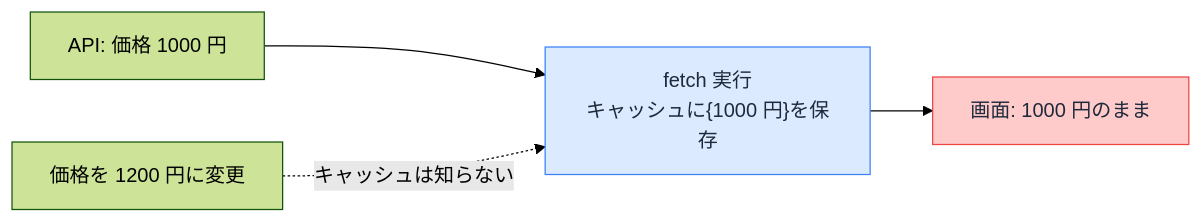
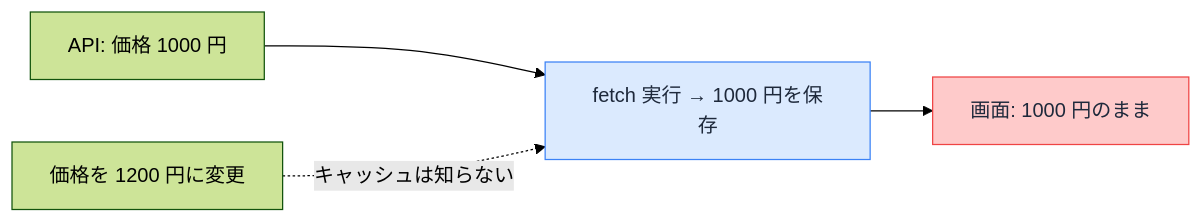
Before and after one commit to ozaki25/web-front-training-ozaki25: the diagram in docs/lessons/day30/index.md, drawn with Mermaid (forest theme). The commit also changed other lines of this file, not shown here.

Commit message:
Day 30: 締めの表現・記号・図を整理 (#47)

````diff
--- a/docs/lessons/day30/index.md
+++ b/docs/lessons/day30/index.md
@@ -86,8 +86,8 @@
 ```mermaid
 flowchart LR
-  A["API: 価格 1000 円"] --> B["fetch 実行<br>キャッシュに{1000 円}を保存"]
+  A["API: 価格 1000 円"] --> B["fetch 実行 → 1000 円を保存"]
   C["価格を 1200 円に変更"] -.->|"キャッシュは知らない"| B
   B --> D["画面: 1000 円のまま"]
   style B fill:#dbeafe,color:#1e293b,stroke:#3b82f6
   style D fill:#fecaca,color:#1e293b,stroke:#ef4444
 ```
````
